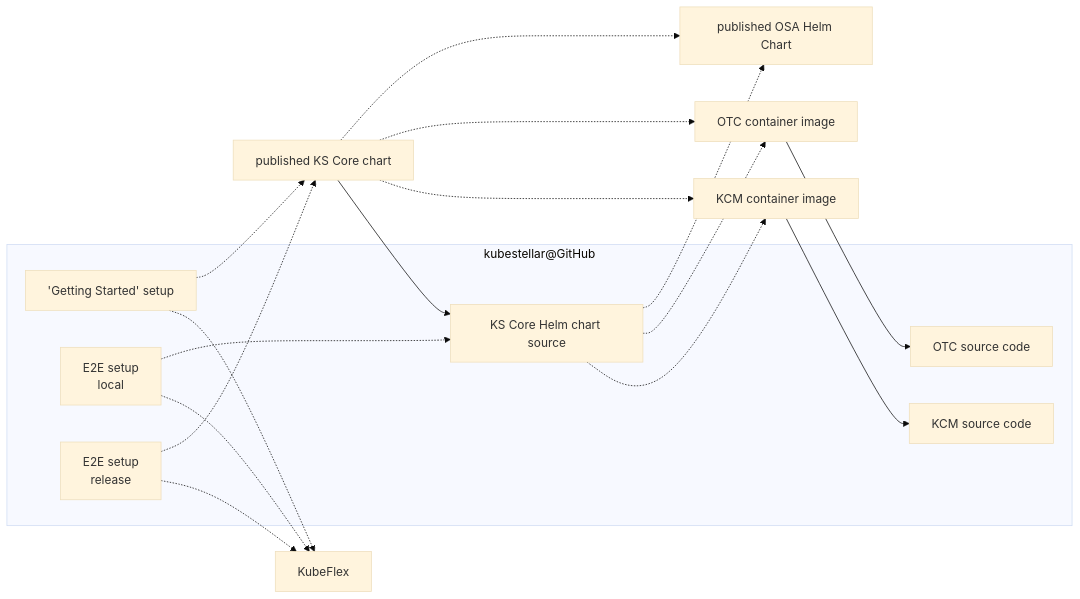
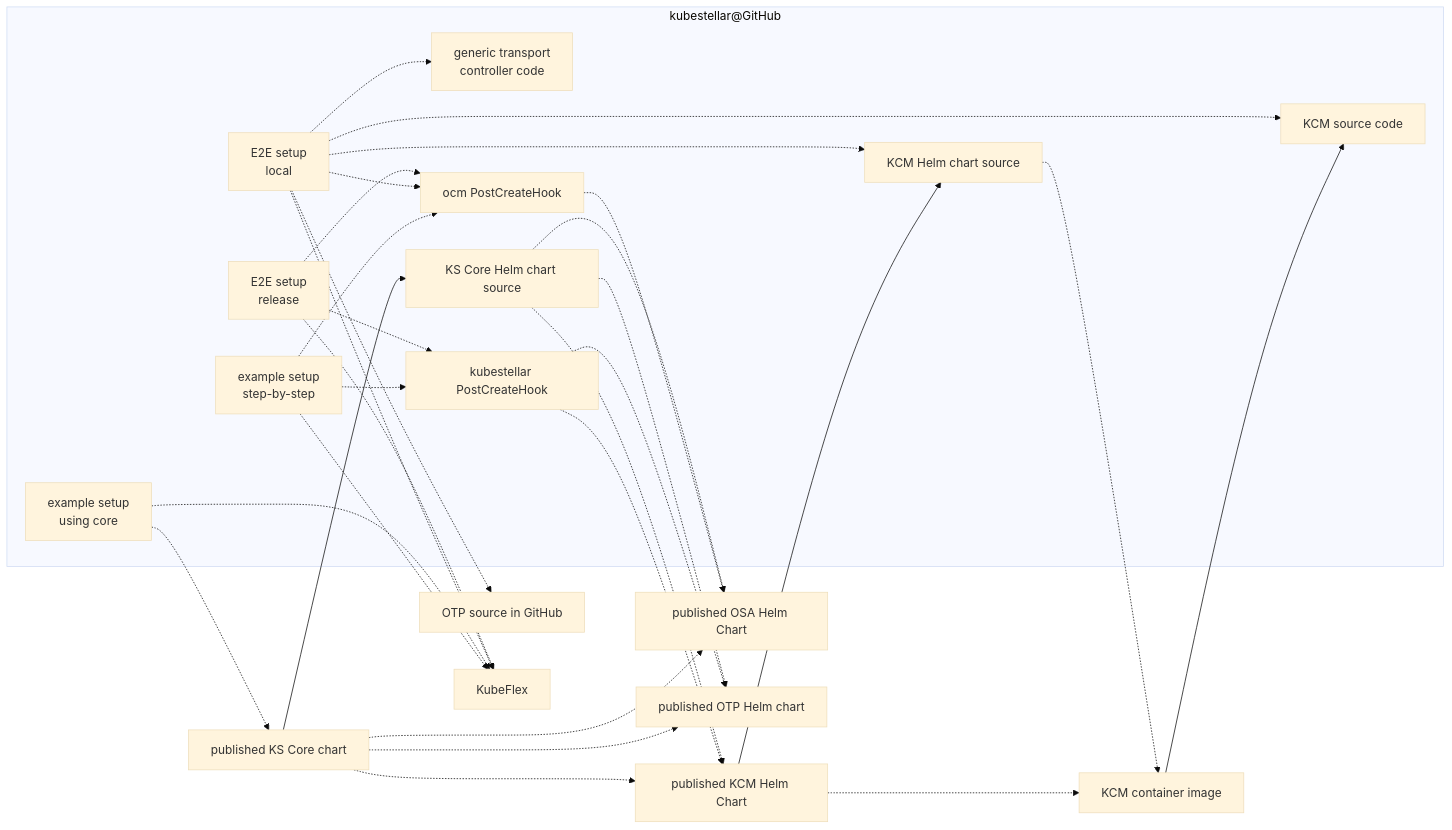
The third of 5 diagrams in docs/content/direct/packaging.md (kubestellar/docs), drawn with Mermaid (base theme) before and after one commit. The commit also changed other lines of this file and 123 other files, not shown here.

````diff
--- a/docs/content/direct/packaging.md
+++ b/docs/content/direct/packaging.md
@@ -83,28 +86,45 @@
 ```mermaid
 flowchart LR
     osa_hc_repo[published OSA Helm Chart]
+    otp_code["OTP source in GitHub"]
     subgraph ks_repo["kubestellar@GitHub"]
     kcm_code[KCM source code]
-    otc_code[OTC source code]
+    gtc_code["generic transport<br>controller code"]
+    kcm_hc_src[KCM Helm chart source]
     ksc_hc_src[KS Core Helm chart source]
-    setup_ksc["'Getting Started' setup"]
+    ks_pch[kubestellar PostCreateHook]
+    ocm_pch["ocm PostCreateHook"]
+    setup_ksc["example setup<br>using core"]
+    setup_steps["example setup<br>step-by-step"]
     e2e_local["E2E setup<br>local"]
     e2e_release["E2E setup<br>release"]
     end
+    ocm_pch -.-> osa_hc_repo
     kcm_ctr_image[KCM container image] --> kcm_code
-    otc_ctr_image[OTC container image]
-    otc_ctr_image --> otc_code
+    kcm_hc_repo[published KCM Helm Chart] --> kcm_hc_src
+    kcm_hc_src -.-> kcm_ctr_image
+    kcm_hc_repo -.-> kcm_ctr_image
+    ks_pch -.-> kcm_hc_repo
+    ks_pch -.-> otp_hc_repo[published OTP Helm chart]
     ksc_hc_repo[published KS Core chart] --> ksc_hc_src
     ksc_hc_src -.-> osa_hc_repo
-    ksc_hc_src -.-> otc_ctr_image
-    ksc_hc_src -.-> kcm_ctr_image
+    ksc_hc_src -.-> otp_hc_repo
+    ksc_hc_src -.-> kcm_hc_repo
     ksc_hc_repo -.-> osa_hc_repo
-    ksc_hc_repo -.-> otc_ctr_image
-    ksc_hc_repo -.-> kcm_ctr_image
+    ksc_hc_repo -.-> otp_hc_repo
+    ksc_hc_repo -.-> kcm_hc_repo
+    setup_steps -.-> ocm_pch
+    setup_steps -.-> ks_pch
+    setup_steps -.-> KubeFlex
     setup_ksc -.-> ksc_hc_repo
     setup_ksc -.-> KubeFlex
-    e2e_local -.-> ksc_hc_src
+    e2e_local -.-> ocm_pch
+    e2e_local -.-> kcm_code
+    e2e_local -.-> kcm_hc_src
+    e2e_local -.-> gtc_code
+    e2e_local -.-> otp_code
     e2e_local -.-> KubeFlex
-    e2e_release -.-> ksc_hc_repo
+    e2e_release -.-> ocm_pch
+    e2e_release -.-> ks_pch
     e2e_release -.-> KubeFlex
 ```
````
